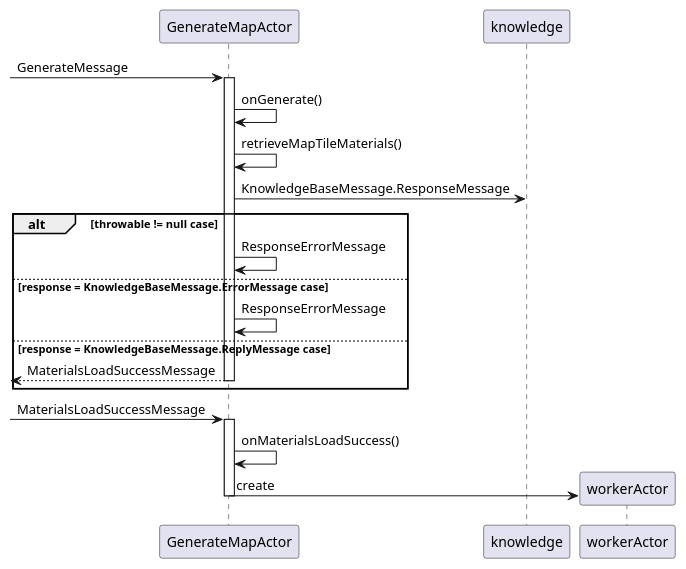
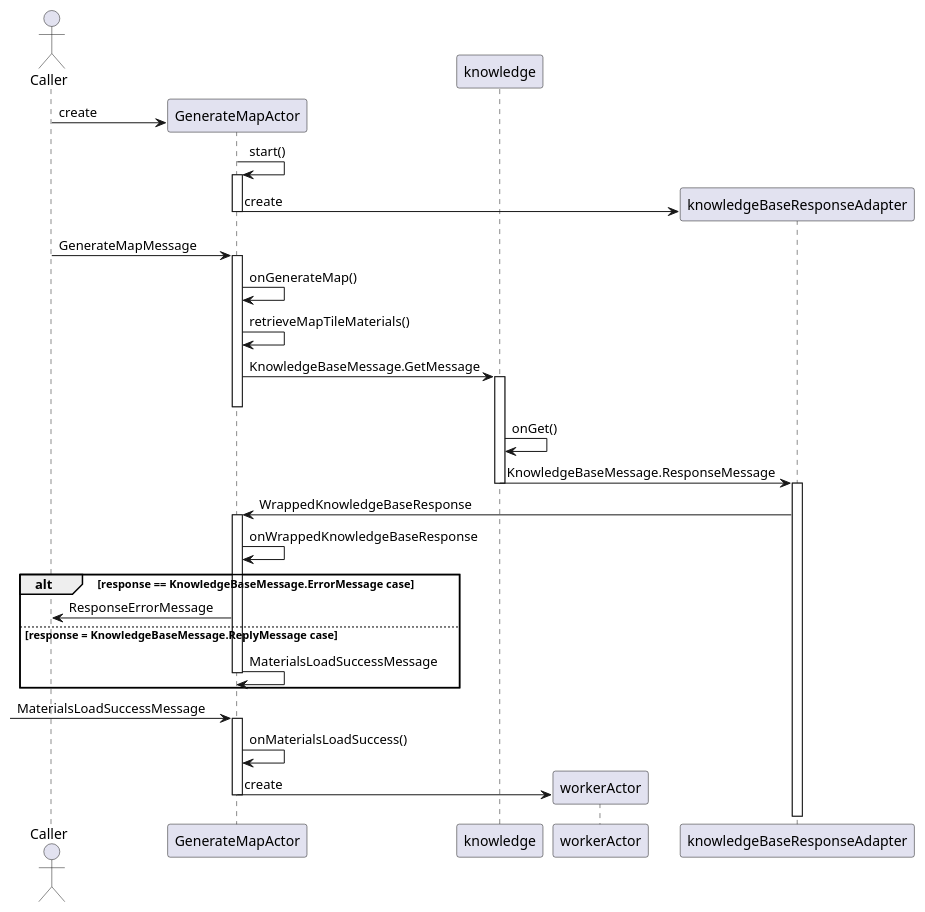
Before and after one commit to devent/dwarfhustle-model: the diagram in dwarfhustle-model-generate-map/src/main/doc/com/anrisoftware/dwarfhustle/model/generate/GenerateMapActor-sequence.plantuml, drawn with PlantUML. The commit also changed 13 other files, not shown here.

Commit message:
Generate map worker

```diff
--- a/dwarfhustle-model-generate-map/src/main/doc/com/anrisoftware/dwarfhustle/model/generate/GenerateMapActor-sequence.plantuml
+++ b/dwarfhustle-model-generate-map/src/main/doc/com/anrisoftware/dwarfhustle/model/generate/GenerateMapActor-sequence.plantuml
@@ -1,24 +1,35 @@
 @startuml
+actor Caller as caller
 participant GenerateMapActor as gmActor
 participant knowledge
 participant workerActor
 
--> gmActor ++ : GenerateMessage
-gmActor -> gmActor : onGenerate()
+caller -> gmActor ** : create
+gmActor -> gmActor ++ : start()
+gmActor -> knowledgeBaseResponseAdapter ** : create
+deactivate gmActor
+
+caller -> gmActor ++ : GenerateMapMessage
+gmActor -> gmActor : onGenerateMap()
 gmActor -> gmActor : retrieveMapTileMaterials()
-gmActor -> knowledge : KnowledgeBaseMessage.ResponseMessage
-alt throwable != null case
-gmActor -> gmActor :  ResponseErrorMessage
-else response = KnowledgeBaseMessage.ErrorMessage case
-gmActor -> gmActor :  ResponseErrorMessage
+gmActor -> knowledge ++ : KnowledgeBaseMessage.GetMessage
+deactivate gmActor
+
+knowledge -> knowledge : onGet()
+knowledge -> knowledgeBaseResponseAdapter --++ : KnowledgeBaseMessage.ResponseMessage
+knowledgeBaseResponseAdapter -> gmActor ++ : WrappedKnowledgeBaseResponse
+gmActor -> gmActor : onWrappedKnowledgeBaseResponse
+
+alt response == KnowledgeBaseMessage.ErrorMessage case
+gmActor -> caller : ResponseErrorMessage
 else response = KnowledgeBaseMessage.ReplyMessage case
-return MaterialsLoadSuccessMessage
+gmActor -> gmActor -- : MaterialsLoadSuccessMessage
 end
 
 -> gmActor : MaterialsLoadSuccessMessage
 activate gmActor
 gmActor -> gmActor :  onMaterialsLoadSuccess()
 gmActor -> workerActor ** : create
 deactivate gmActor
 
 @enduml
```
